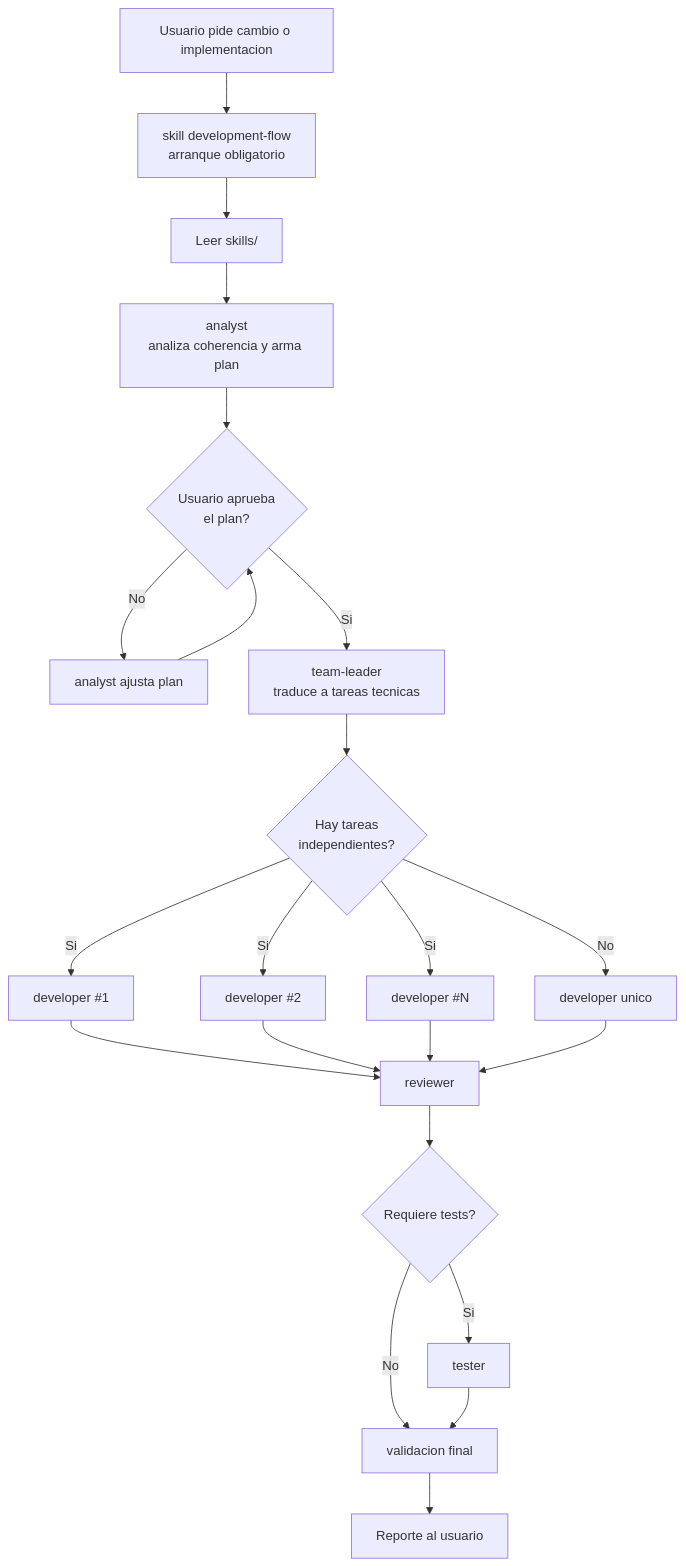
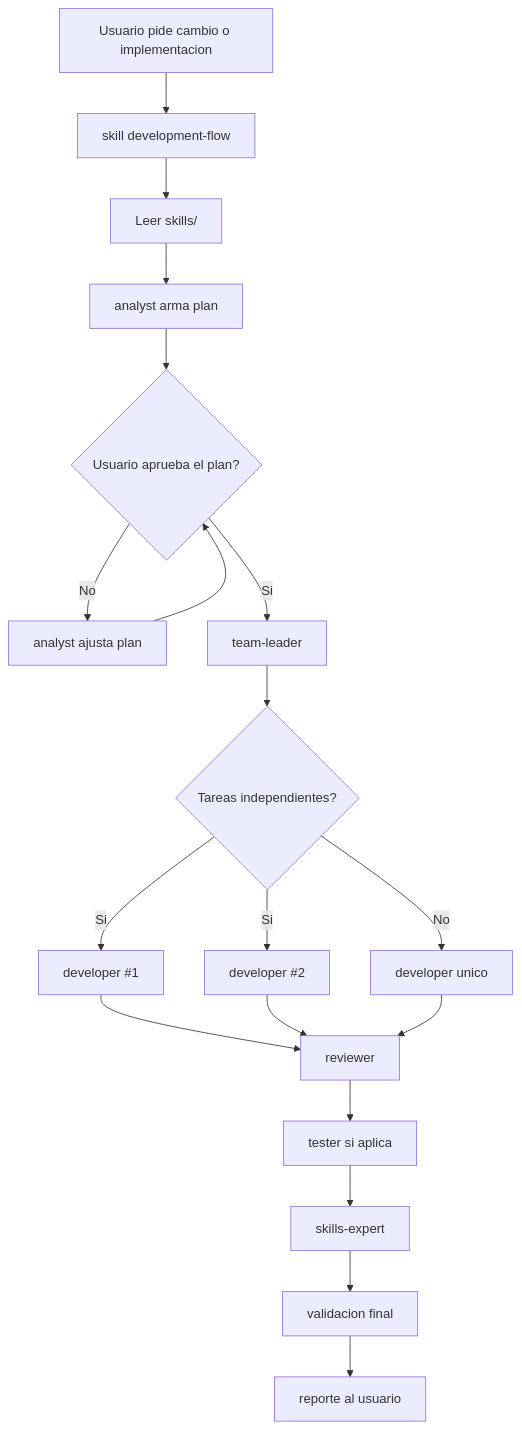
The diagram in .agents/ARCHITECTURE.md (yasniel1408/inventory-reservation-system), drawn with Mermaid before and after one commit. The commit also changed other lines of this file and 9 other files, not shown here.

Commit message:
feat: Enhance agent documentation and introduce skills-expert role for improved workflow management

````diff
--- a/.agents/ARCHITECTURE.md
+++ b/.agents/ARCHITECTURE.md
@@ -7,24 +149,21 @@
 ```mermaid
 flowchart TD
-    U["Usuario pide cambio o implementacion"] --> DF["skill development-flow<br/>arranque obligatorio"]
+    U["Usuario pide cambio o implementacion"] --> DF["skill development-flow"]
     DF --> S["Leer skills/"]
-    S --> A["analyst<br/>analiza coherencia y arma plan"]
-    A --> AP{"Usuario aprueba<br/>el plan?"}
+    S --> A["analyst arma plan"]
+    A --> AP{"Usuario aprueba el plan?"}
     AP -- "No" --> AR["analyst ajusta plan"]
     AR --> AP
-    AP -- "Si" --> TL["team-leader<br/>traduce a tareas tecnicas"]
-    TL --> DQ{"Hay tareas<br/>independientes?"}
+    AP -- "Si" --> TL["team-leader"]
+    TL --> DQ{"Tareas independientes?"}
     DQ -- "Si" --> D1["developer #1"]
     DQ -- "Si" --> D2["developer #2"]
-    DQ -- "Si" --> DN["developer #N"]
     DQ -- "No" --> D["developer unico"]
     D1 --> R["reviewer"]
     D2 --> R
-    DN --> R
     D --> R
-    R --> T{"Requiere tests?"}
-    T -- "Si" --> TS["tester"]
-    T -- "No" --> V["validacion final"]
-    TS --> V
-    V --> OUT["Reporte al usuario"]
+    R --> TS["tester si aplica"]
+    TS --> SE["skills-expert"]
+    SE --> V["validacion final"]
+    V --> OUT["reporte al usuario"]
 ```
````
